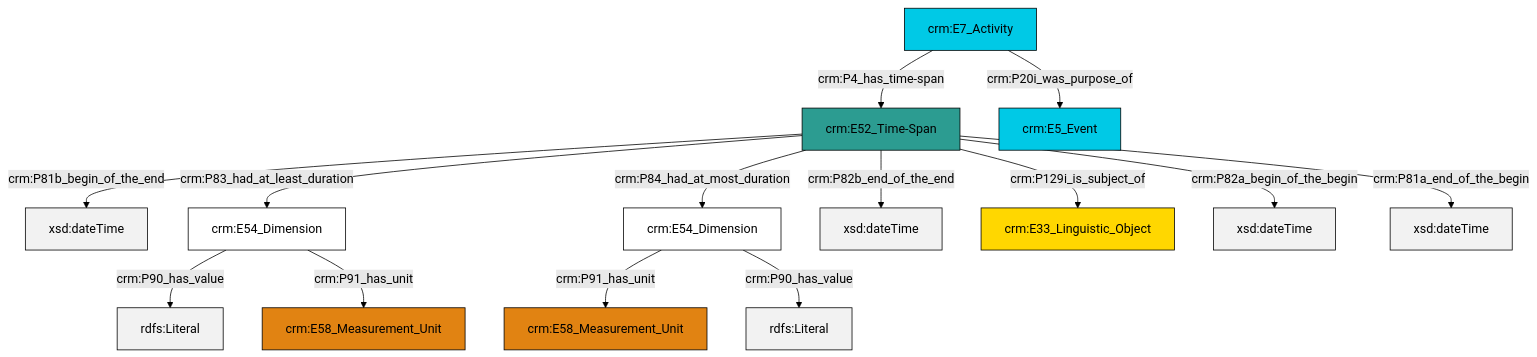
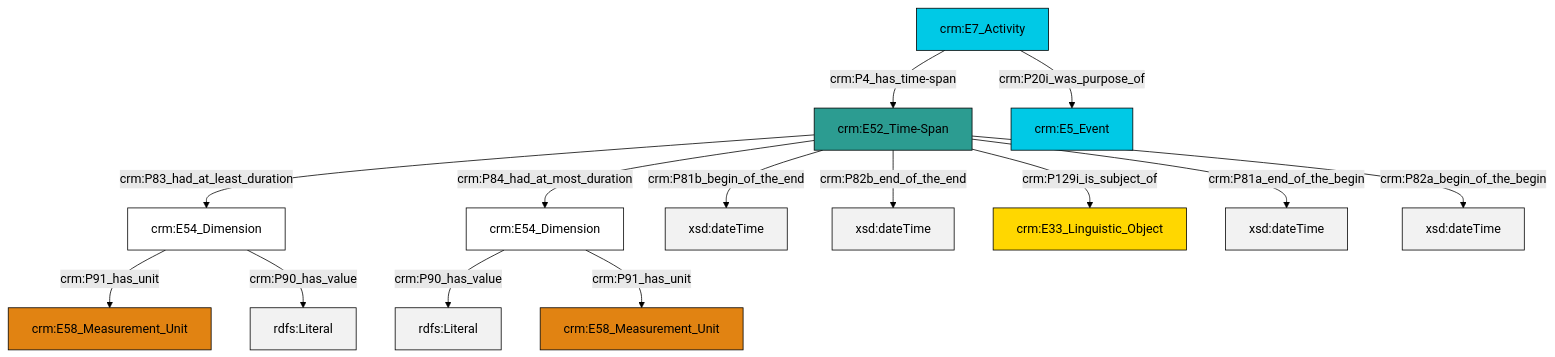
Before and after one commit to swiss-art-research-net/docs.swissartresearch: the diagram in et/eventCSV/ttl/mmd/event_existence.ttl.mmd, drawn with Mermaid (forest theme). The commit also changed 181 other files, not shown here.

```diff
--- a/et/eventCSV/ttl/mmd/event_existence.ttl.mmd
+++ b/et/eventCSV/ttl/mmd/event_existence.ttl.mmd
@@ -1,28 +1,28 @@
 graph TD
 classDef Literal fill:#f2f2f2,stroke:#000000;
 classDef CRM_Entity fill:#FFFFFF,stroke:#000000;
 classDef Temporal_Entity fill:#00C9E6, stroke:#000000;
 classDef Type fill:#E18312, stroke:#000000;
 classDef Time-Span fill:#2C9C91, stroke:#000000;
 classDef Appellation fill:#FFEB7F, stroke:#000000;
 classDef Place fill:#008836, stroke:#000000;
 classDef Persistent_Item fill:#B266B2, stroke:#000000;
 classDef Conceptual_Object fill:#FFD700, stroke:#000000;
 classDef Physical_Thing fill:#D2B48C, stroke:#000000;
 classDef Actor fill:#f58aad, stroke:#000000;
 classDef PC_Classes fill:#4ce600, stroke:#000000;
 classDef Multi fill:#cccccc,stroke:#000000;
 
-0["crm:E7_Activity"]:::Temporal_Entity -->|crm:P4_has_time-span| 1["crm:E52_Time-Span"]:::Time-Span
-1["crm:E52_Time-Span"]:::Time-Span -->|crm:P81b_begin_of_the_end| 2[xsd:dateTime]:::Literal
-1["crm:E52_Time-Span"]:::Time-Span -->|crm:P83_had_at_least_duration| 3["crm:E54_Dimension"]:::CRM_Entity
-4["crm:E54_Dimension"]:::CRM_Entity -->|crm:P91_has_unit| 5["crm:E58_Measurement_Unit"]:::Type
-1["crm:E52_Time-Span"]:::Time-Span -->|crm:P82b_end_of_the_end| 6[xsd:dateTime]:::Literal
-1["crm:E52_Time-Span"]:::Time-Span -->|crm:P82a_begin_of_the_begin| 12[xsd:dateTime]:::Literal
-1["crm:E52_Time-Span"]:::Time-Span -->|crm:P81a_end_of_the_begin| 16[xsd:dateTime]:::Literal
-3["crm:E54_Dimension"]:::CRM_Entity -->|crm:P90_has_value| 18[rdfs:Literal]:::Literal
-1["crm:E52_Time-Span"]:::Time-Span -->|crm:P129i_is_subject_of| 7["crm:E33_Linguistic_Object"]:::Conceptual_Object
-4["crm:E54_Dimension"]:::CRM_Entity -->|crm:P90_has_value| 19[rdfs:Literal]:::Literal
-0["crm:E7_Activity"]:::Temporal_Entity -->|crm:P20i_was_purpose_of| 13["crm:E5_Event"]:::Temporal_Entity
-3["crm:E54_Dimension"]:::CRM_Entity -->|crm:P91_has_unit| 9["crm:E58_Measurement_Unit"]:::Type
-1["crm:E52_Time-Span"]:::Time-Span -->|crm:P84_had_at_most_duration| 4["crm:E54_Dimension"]:::CRM_Entity
+4["crm:E54_Dimension"]:::CRM_Entity -->|crm:P90_has_value| 5[rdfs:Literal]:::Literal
+0["crm:E52_Time-Span"]:::Time-Span -->|crm:P83_had_at_least_duration| 2["crm:E54_Dimension"]:::CRM_Entity
+6["crm:E7_Activity"]:::Temporal_Entity -->|crm:P4_has_time-span| 0["crm:E52_Time-Span"]:::Time-Span
+2["crm:E54_Dimension"]:::CRM_Entity -->|crm:P91_has_unit| 7["crm:E58_Measurement_Unit"]:::Type
+0["crm:E52_Time-Span"]:::Time-Span -->|crm:P81b_begin_of_the_end| 13[xsd:dateTime]:::Literal
+0["crm:E52_Time-Span"]:::Time-Span -->|crm:P82b_end_of_the_end| 14[xsd:dateTime]:::Literal
+2["crm:E54_Dimension"]:::CRM_Entity -->|crm:P90_has_value| 15[rdfs:Literal]:::Literal
+6["crm:E7_Activity"]:::Temporal_Entity -->|crm:P20i_was_purpose_of| 11["crm:E5_Event"]:::Temporal_Entity
+4["crm:E54_Dimension"]:::CRM_Entity -->|crm:P91_has_unit| 9["crm:E58_Measurement_Unit"]:::Type
+0["crm:E52_Time-Span"]:::Time-Span -->|crm:P129i_is_subject_of| 17["crm:E33_Linguistic_Object"]:::Conceptual_Object
+0["crm:E52_Time-Span"]:::Time-Span -->|crm:P84_had_at_most_duration| 4["crm:E54_Dimension"]:::CRM_Entity
+0["crm:E52_Time-Span"]:::Time-Span -->|crm:P81a_end_of_the_begin| 19[xsd:dateTime]:::Literal
+0["crm:E52_Time-Span"]:::Time-Span -->|crm:P82a_begin_of_the_begin| 21[xsd:dateTime]:::Literal
```
